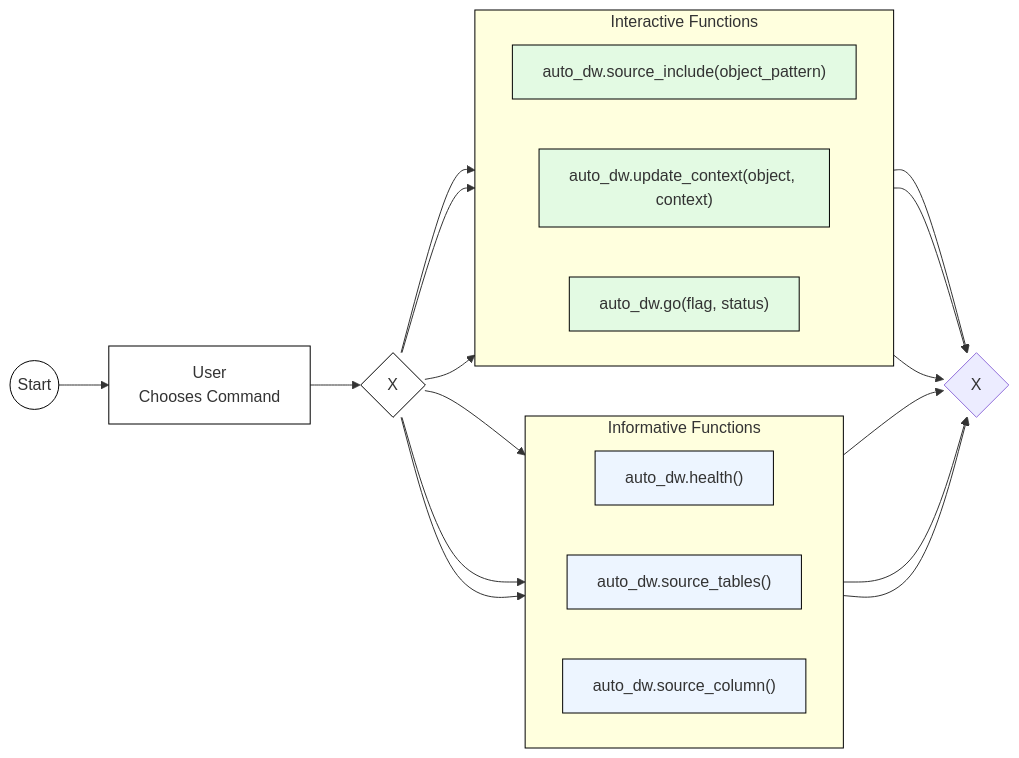
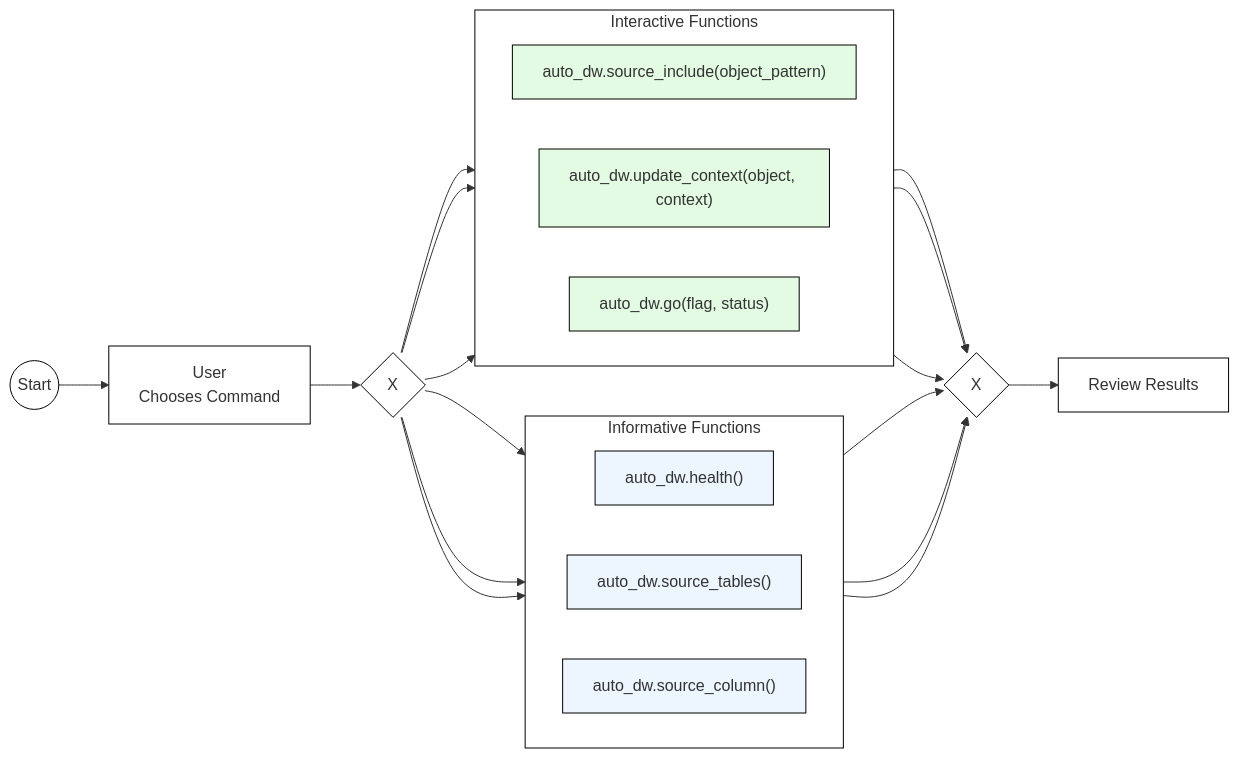
One commit to tembo-io/pg_auto_dw changed the third of 3 diagrams in docs/vision_plus_script/readme.md. Above: the diagram before and after it, drawn with Mermaid.

````diff
--- a/docs/vision_plus_script/readme.md
+++ b/docs/vision_plus_script/readme.md
@@ -77,29 +77,26 @@
 ```mermaid
 flowchart LR
  subgraph functions_informative["Informative Functions"]
     direction LR
         health["auto_dw.health()"]
         source_tables["auto_dw.source_tables()"]
         source_column["auto_dw.source_column()"]
   end
  subgraph functions_interactive["Interactive Functions"]
     direction LR
         source_clude["auto_dw.source_include(object_pattern)"]
         update_context["auto_dw.update_context(object, context)"]
         go["auto_dw.go(flag, status)"]
   end
-    Start(("Start")) --> command["User\nChooses Command"]
+    start(("Start")) --> command["User\nChooses Command"]
     command --> split{"X"}
     split --> health & source_tables & source_column & source_clude & update_context & go --> join{"X"}
-    style health fill:#edf5ff,stroke:#000000
-    style source_tables fill:#edf5ff,stroke:#000000
-    style source_column fill:#edf5ff,stroke:#000000
-    style source_clude fill:#e3fae3,stroke:#000000
-    style update_context fill:#e3fae3,stroke:#000000
-    style go fill:#e3fae3,stroke:#000000
-    style Start stroke-width:1px,fill:#FFFFFF,stroke:#000000
-    style command fill:#FFFFFF,stroke:#000000
-    style split fill:#FFFFFF,stroke:#000000
-    style functions_informative stroke:#000000
-    style functions_interactive stroke:#000000
+    join --> review["Review Results"]
+
+    classDef standard fill:#FFFFFF,stroke:#000000
+    classDef informative fill:#edf5ff,stroke:#000000
+    classDef interactive fill:#e3fae3,stroke:#000000
+    class start,command,split,join,review,functions_informative,functions_interactive standard
+    class health,source_tables,source_column informative
+    class source_clude,update_context,go interactive
 ```
````
